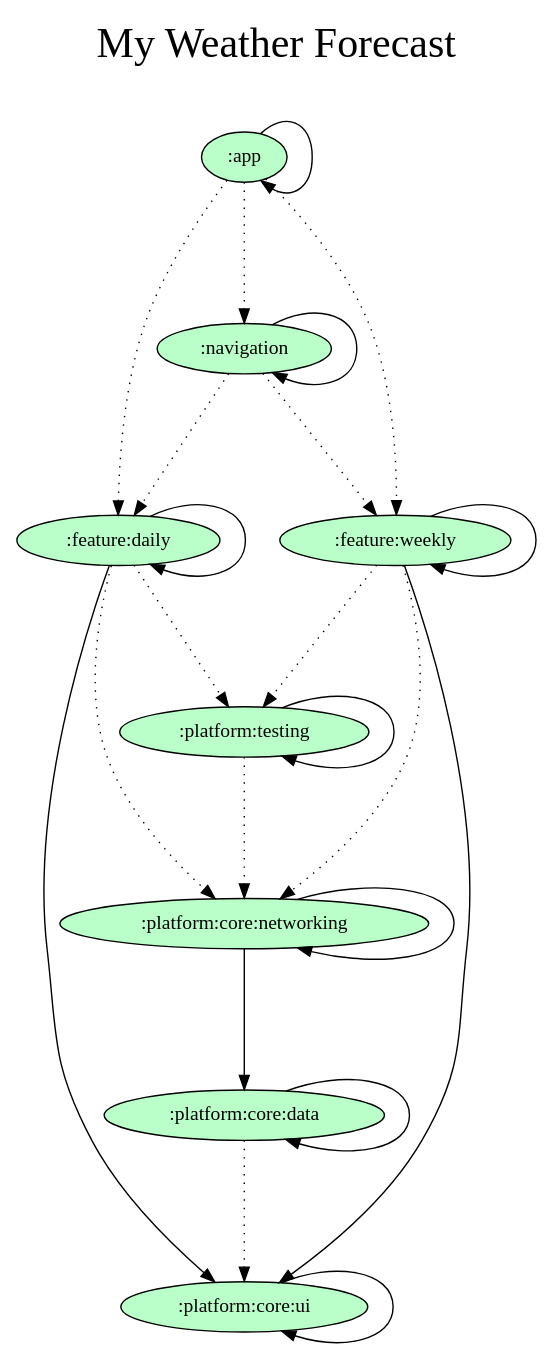
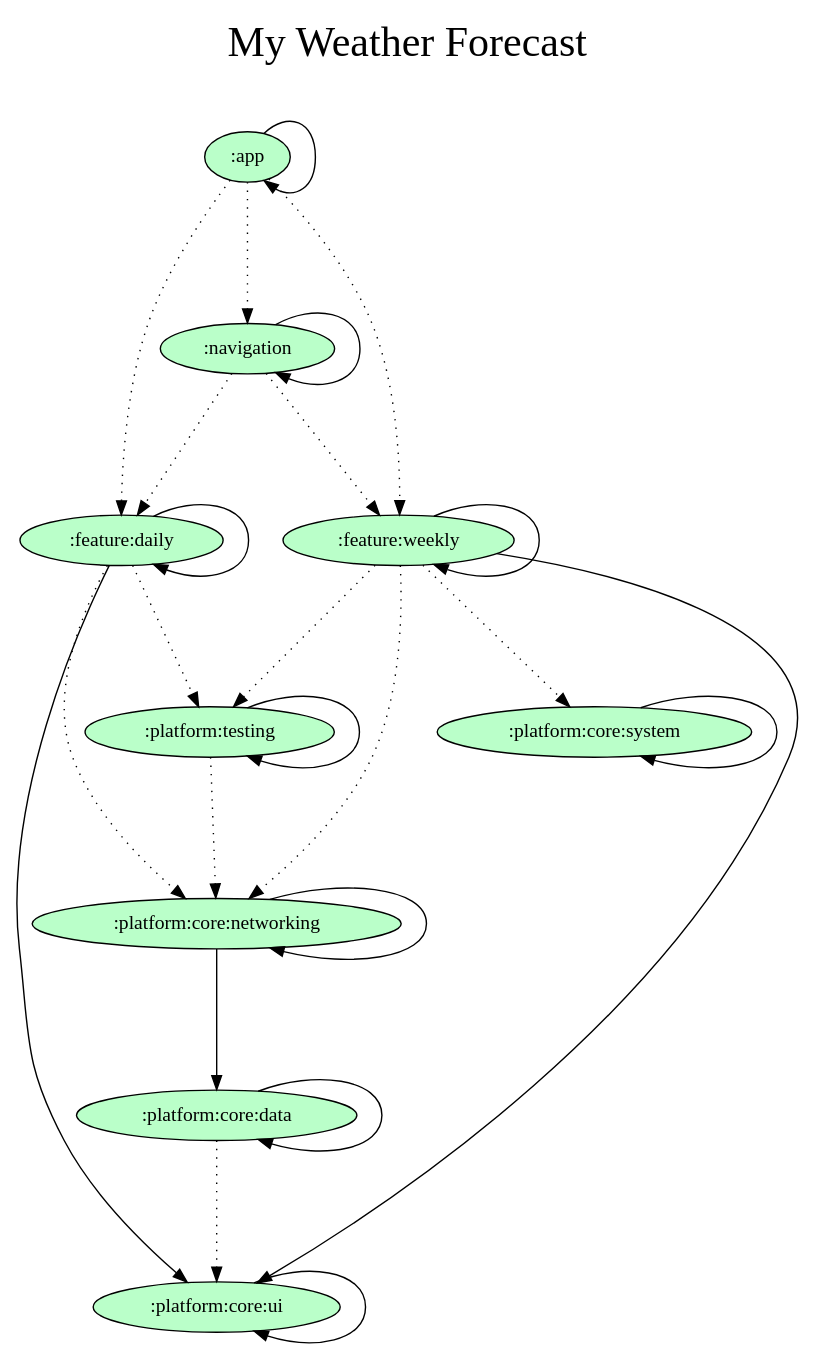
One commit to orogersilva/myweatherforecast changed the diagram in gradle/dependency-graph/project.dot. Above: the diagram before and after it, drawn with Graphviz. The commit also changed 1 other file, not shown here.

Commit message:
docs: Updating dependency graph

```diff
--- a/gradle/dependency-graph/project.dot
+++ b/gradle/dependency-graph/project.dot
@@ -1,43 +1,46 @@
 digraph {
   graph [label="My Weather Forecast\n ",labelloc=t,fontsize=30,ranksep=1.4];
   node [style=filled, fillcolor="#bbbbbb"];
   rankdir=TB;
 
   # Projects
 
   ":app" [fillcolor="#baffc9"];
   ":feature:daily" [fillcolor="#baffc9"];
   ":feature:weekly" [fillcolor="#baffc9"];
   ":navigation" [fillcolor="#baffc9"];
   ":platform:core:data" [fillcolor="#baffc9"];
   ":platform:core:networking" [fillcolor="#baffc9"];
+  ":platform:core:system" [fillcolor="#baffc9"];
   ":platform:core:ui" [fillcolor="#baffc9"];
   ":platform:testing" [fillcolor="#baffc9"];
 
   {rank = same;}
 
   # Dependencies
 
   ":app" -> ":app"
   ":app" -> ":feature:daily" [style=dotted]
   ":app" -> ":feature:weekly" [style=dotted]
   ":app" -> ":navigation" [style=dotted]
   ":navigation" -> ":navigation"
   ":navigation" -> ":feature:daily" [style=dotted]
   ":navigation" -> ":feature:weekly" [style=dotted]
   ":feature:daily" -> ":platform:core:ui"
   ":feature:daily" -> ":feature:daily"
   ":feature:daily" -> ":platform:core:networking" [style=dotted]
   ":feature:daily" -> ":platform:testing" [style=dotted]
   ":feature:weekly" -> ":platform:core:ui"
   ":feature:weekly" -> ":feature:weekly"
   ":feature:weekly" -> ":platform:core:networking" [style=dotted]
+  ":feature:weekly" -> ":platform:core:system" [style=dotted]
   ":feature:weekly" -> ":platform:testing" [style=dotted]
   ":platform:testing" -> ":platform:testing"
   ":platform:testing" -> ":platform:core:networking" [style=dotted]
   ":platform:core:data" -> ":platform:core:data"
   ":platform:core:data" -> ":platform:core:ui" [style=dotted]
   ":platform:core:networking" -> ":platform:core:data"
   ":platform:core:networking" -> ":platform:core:networking"
+  ":platform:core:system" -> ":platform:core:system"
   ":platform:core:ui" -> ":platform:core:ui"
 }
```
